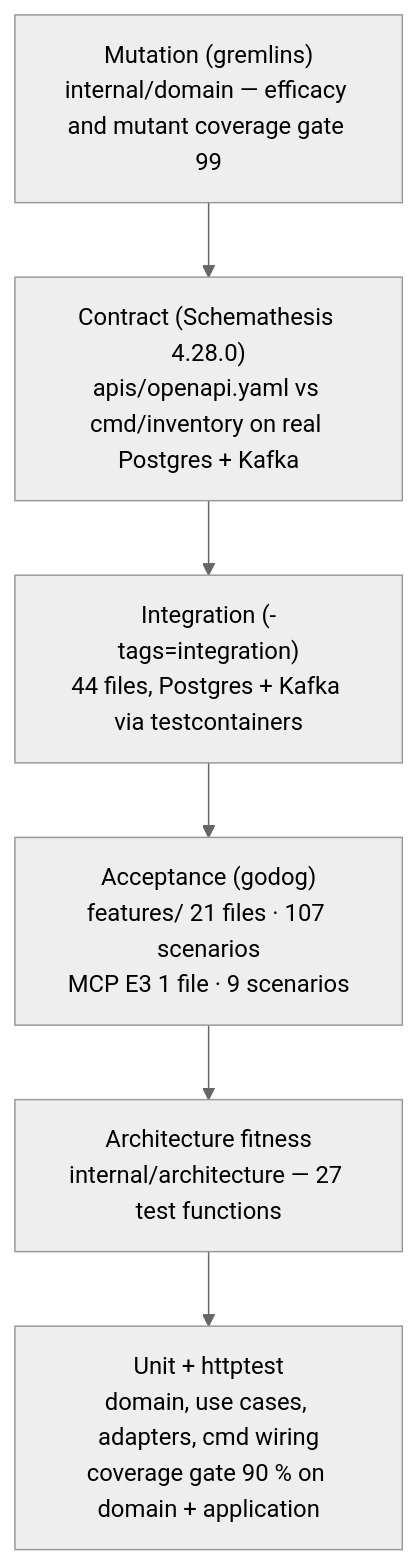
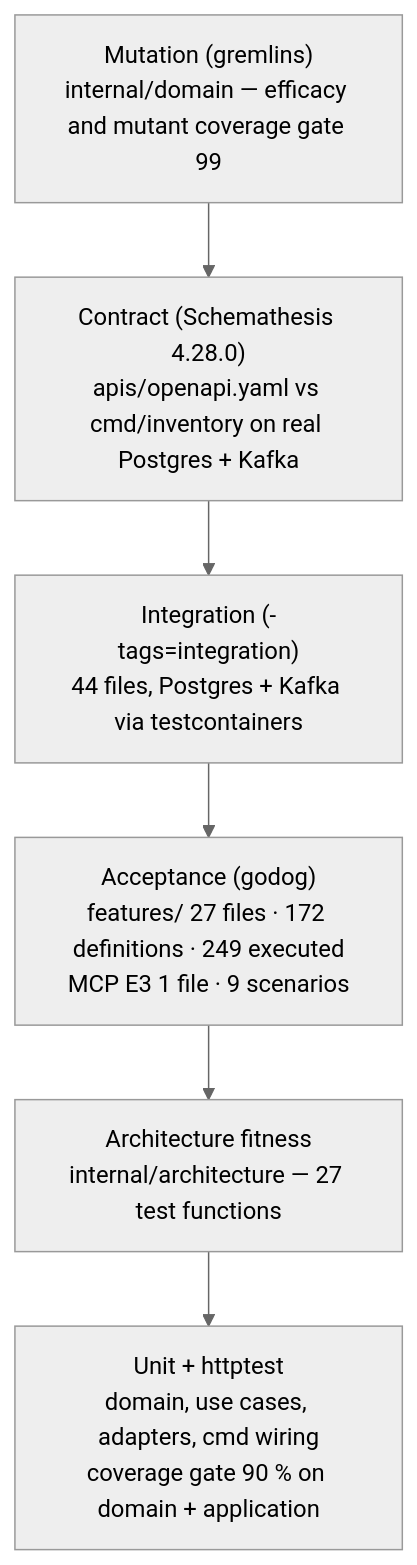
Before and after one commit to IQVO/inventory-storage: the diagram in docs/docs/development/testing.md, drawn with Mermaid (neutral theme). The commit also changed other lines of this file and 4 other files, not shown here.

````diff
--- a/docs/docs/development/testing.md
+++ b/docs/docs/development/testing.md
@@ -15,10 +17,10 @@
 ```mermaid
 flowchart TB
   MUT["Mutation (gremlins)<br/>internal/domain — efficacy and mutant coverage gate 99"]
   CON["Contract (Schemathesis 4.28.0)<br/>apis/openapi.yaml vs cmd/inventory on real Postgres + Kafka"]
   INT["Integration (-tags=integration)<br/>44 files, Postgres + Kafka via testcontainers"]
-  BDD["Acceptance (godog)<br/>features/ 21 files · 107 scenarios<br/>MCP E3 1 file · 9 scenarios"]
+  BDD["Acceptance (godog)<br/>features/ 27 files · 172 definitions · 249 executed<br/>MCP E3 1 file · 9 scenarios"]
   ARCH["Architecture fitness<br/>internal/architecture — 27 test functions"]
   UNIT["Unit + httptest<br/>domain, use cases, adapters, cmd wiring<br/>coverage gate 90 % on domain + application"]
   MUT --> CON --> INT --> BDD --> ARCH --> UNIT
 ```
````
